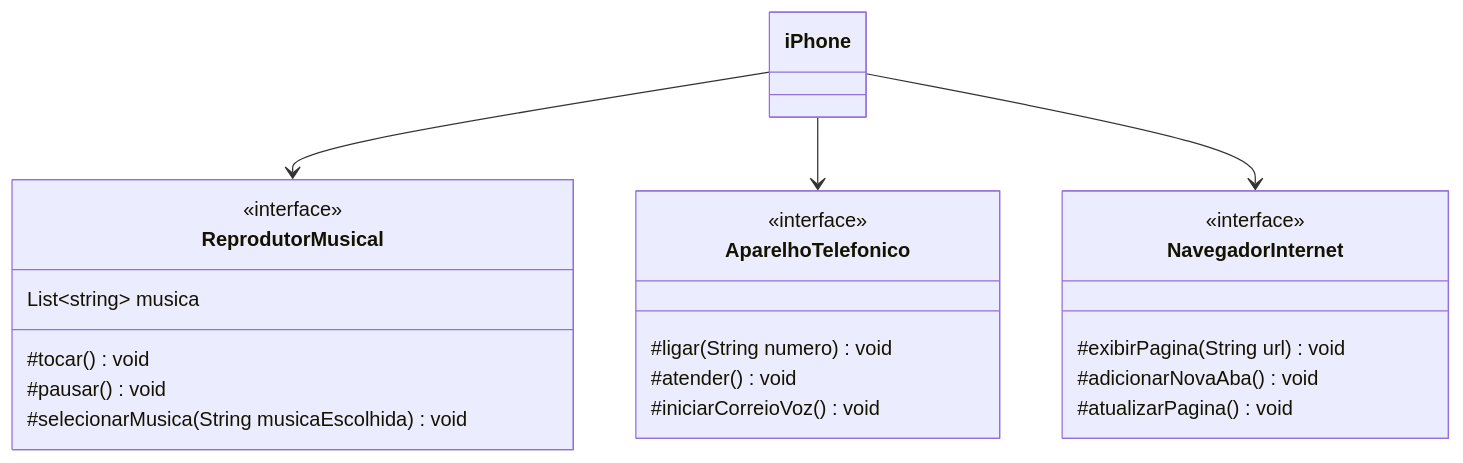
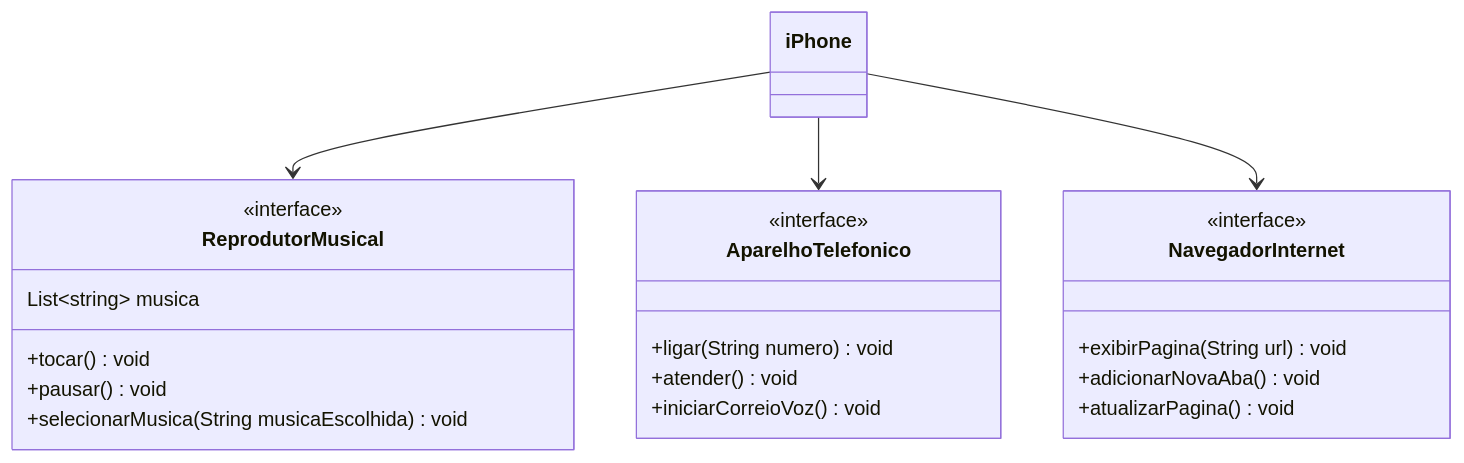
The diagram in Diagrama-Iphone.md (TucanoCaio/dio-desafio-modelagem-diagramacao), drawn with Mermaid before and after one commit.

````diff
--- a/Diagrama-Iphone.md
+++ b/Diagrama-Iphone.md
@@ -1,32 +1,32 @@
 ```mermaid
 classDiagram
     class ReprodutorMusical {
         <<interface>>
         List~string~ musica
-        #tocar()void
-        #pausar()void
-        #selecionarMusica(String musicaEscolhida)void
+        +tocar()void
+        +pausar()void
+        +selecionarMusica(String musicaEscolhida)void
     }
 
     class AparelhoTelefonico {
         <<interface>>
-        #ligar(String numero)void
-        #atender()void
-        #iniciarCorreioVoz()void
+        +ligar(String numero)void
+        +atender()void
+        +iniciarCorreioVoz()void
     }
 
     class NavegadorInternet {
         <<interface>>
-        #exibirPagina(String url)void
-        #adicionarNovaAba()void
-        #atualizarPagina()void
+        +exibirPagina(String url)void
+        +adicionarNovaAba()void
+        +atualizarPagina()void
     }
 
     class iPhone {
         
     }
 
     iPhone --> ReprodutorMusical
     iPhone --> AparelhoTelefonico
     iPhone --> NavegadorInternet
 ```
````
